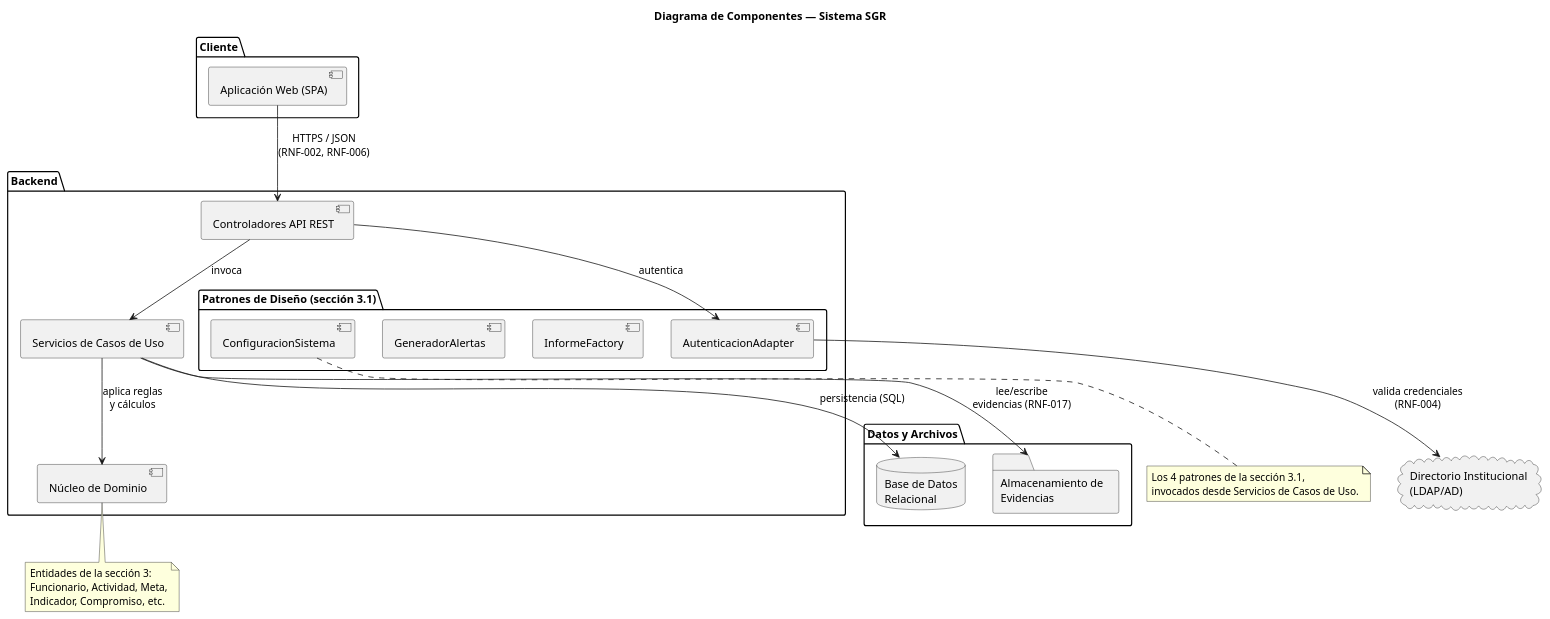
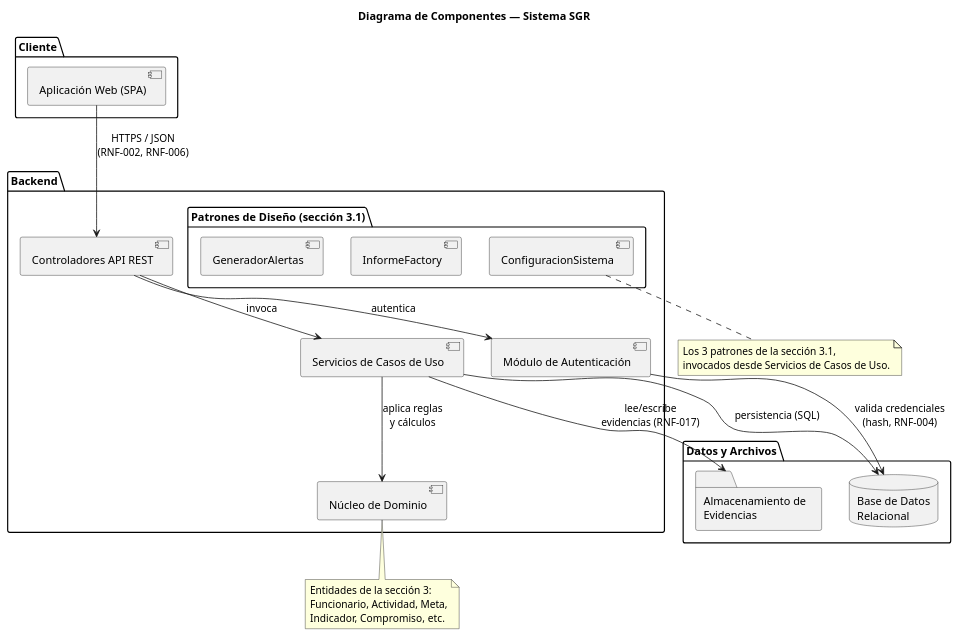
The diagram in assets/actividad-3/componentes.puml (Ren-reno/ev1), drawn with PlantUML before and after one commit. The commit also changed 8 other files, not shown here.

First line of the commit message:
actividad-3: autenticación interna en vez de directorio institucional

```diff
--- a/assets/actividad-3/componentes.puml
+++ b/assets/actividad-3/componentes.puml
@@ -1,46 +1,44 @@
 @startuml componentes
 title Diagrama de Componentes — Sistema SGR
 
 package "Cliente" {
   [Aplicación Web (SPA)] as WEB
 }
 
 package "Backend" {
   [Controladores API REST] as API
   [Servicios de Casos de Uso] as SERV
   package "Patrones de Diseño (sección 3.1)" {
     [ConfiguracionSistema] as SINGLETON
     [InformeFactory] as FACTORY
     [GeneradorAlertas] as OBSERVER
-    [AutenticacionAdapter] as ADAPTER
   }
+  [Módulo de Autenticación] as AUTH
   [Núcleo de Dominio] as DOM
 }
 
 package "Datos y Archivos" {
   database "Base de Datos\nRelacional" as BD
   folder "Almacenamiento de\nEvidencias" as FILES
 }
 
-cloud "Directorio Institucional\n(LDAP/AD)" as LDAP
-
 WEB --> API : HTTPS / JSON\n(RNF-002, RNF-006)
 API --> SERV : invoca
-API --> ADAPTER : autentica
+API --> AUTH : autentica
 SERV --> DOM : aplica reglas\ny cálculos
 SERV --> BD : persistencia (SQL)
 SERV --> FILES : lee/escribe\nevidencias (RNF-017)
-ADAPTER --> LDAP : valida credenciales\n(RNF-004)
+AUTH --> BD : valida credenciales\n(hash, RNF-004)
 
 note bottom of DOM
   Entidades de la sección 3:
   Funcionario, Actividad, Meta,
   Indicador, Compromiso, etc.
 end note
 
 note bottom of SINGLETON
-  Los 4 patrones de la sección 3.1,
+  Los 3 patrones de la sección 3.1,
   invocados desde Servicios de Casos de Uso.
 end note
 
 @enduml
```
